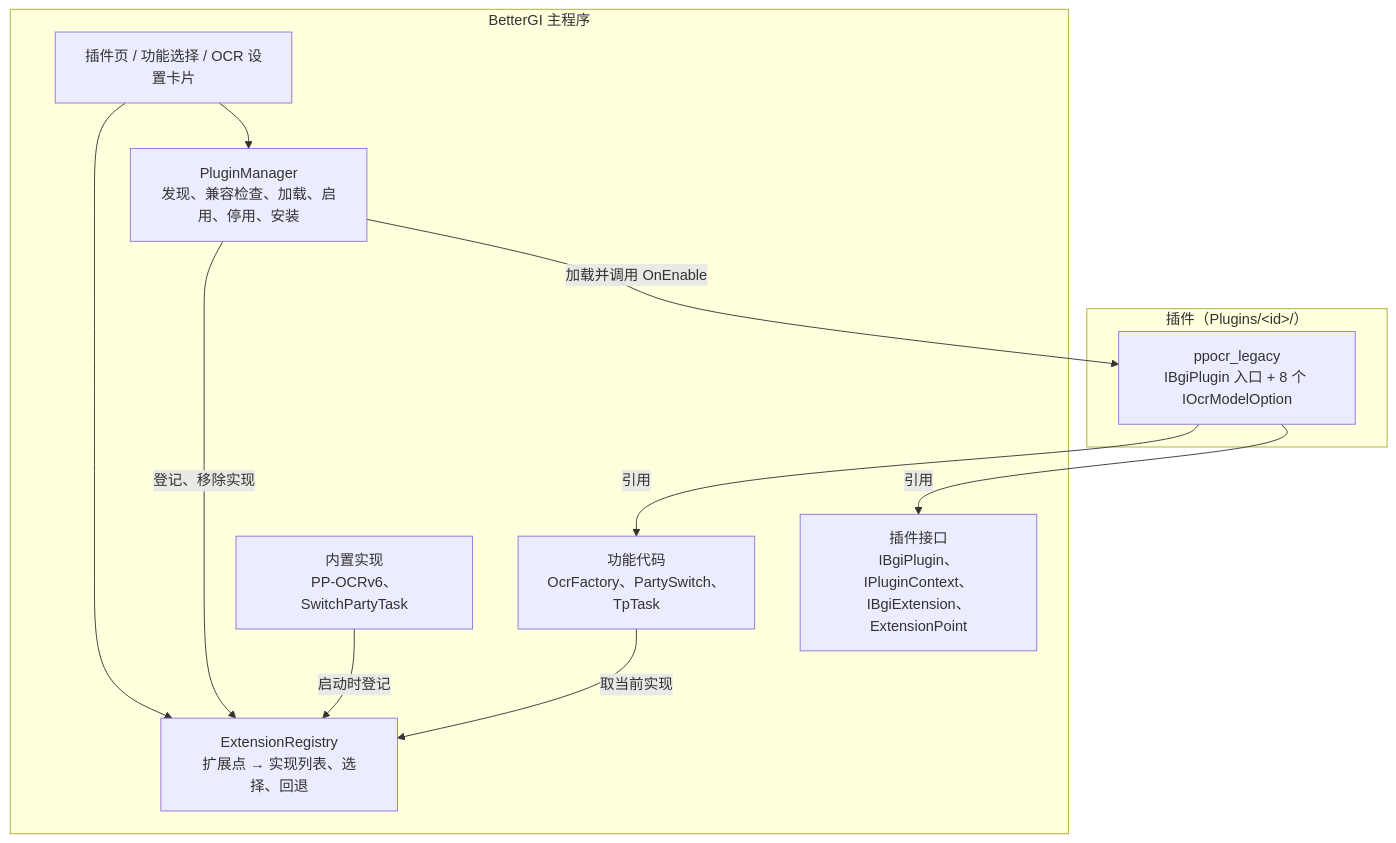
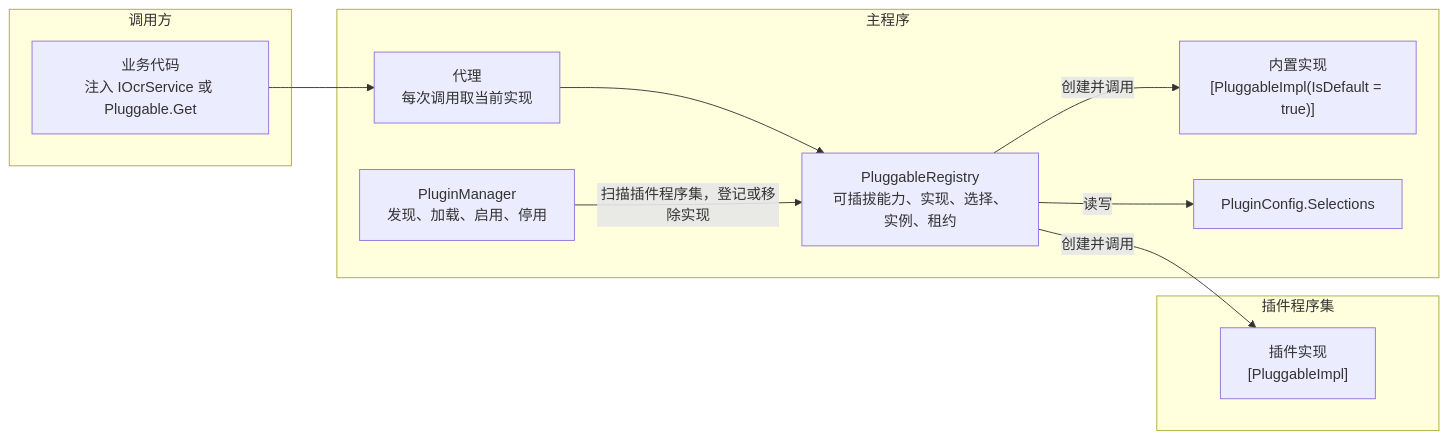
One commit to babalae/better-genshin-impact changed the diagram in Docs/design/plugin-system.md. Above: the diagram before and after it, drawn with Mermaid. The commit also changed other lines of this file and 1 other file, not shown here.

Commit message:
docs(plugin): 插件系统设计更新至第 2 版并补充实施记录与传送改造

````diff
--- a/Docs/design/plugin-system.md
+++ b/Docs/design/plugin-system.md
@@ -85,22 +117,21 @@
 ```mermaid
-flowchart TB
-    subgraph Plugin["插件（Plugins/&lt;id&gt;/）"]
-        P1["ppocr_legacy<br/>IBgiPlugin 入口 + 8 个 IOcrModelOption"]
+flowchart LR
+    subgraph Caller["调用方"]
+        C1["业务代码<br/>注入 IOcrService 或 Pluggable.Get"]
     end
-    subgraph Host["BetterGI 主程序"]
-        UI["插件页 / 功能选择 / OCR 设置卡片"]
-        PM["PluginManager<br/>发现、兼容检查、加载、启用、停用、安装"]
-        REG["ExtensionRegistry<br/>扩展点 → 实现列表、选择、回退"]
-        API["插件接口<br/>IBgiPlugin、IPluginContext、IBgiExtension、ExtensionPoint"]
-        FEAT["功能代码<br/>OcrFactory、PartySwitch、TpTask"]
-        BUILTIN["内置实现<br/>PP-OCRv6、SwitchPartyTask"]
+    subgraph Host["主程序"]
+        PX["代理<br/>每次调用取当前实现"]
+        REG["PluggableRegistry<br/>可插拔能力、实现、选择、实例、租约"]
+        B["内置实现<br/>[PluggableImpl(IsDefault = true)]"]
+        PM["PluginManager<br/>发现、加载、启用、停用"]
+        CFG["PluginConfig.Selections"]
     end
-    P1 -- 引用 --> API
-    P1 -- 引用 --> FEAT
-    PM -- 加载并调用 OnEnable --> P1
-    PM -- 登记、移除实现 --> REG
-    UI --> PM
-    UI --> REG
-    FEAT -- 取当前实现 --> REG
-    BUILTIN -- 启动时登记 --> REG
+    subgraph Plugin["插件程序集"]
+        P["插件实现<br/>[PluggableImpl]"]
+    end
+    C1 --> PX --> REG
+    REG -- 创建并调用 --> B
+    REG -- 创建并调用 --> P
+    PM -- 扫描插件程序集，登记或移除实现 --> REG
+    REG -- 读写 --> CFG
 ```
````
